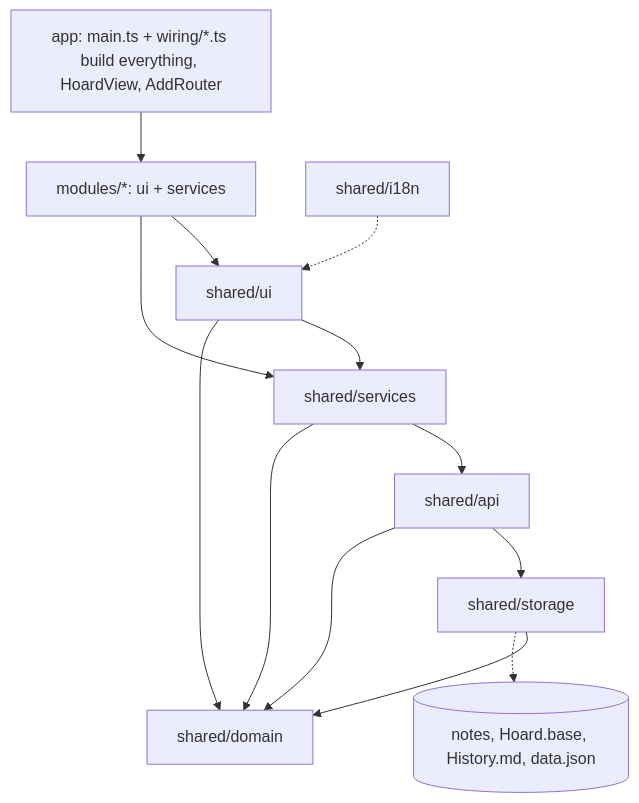
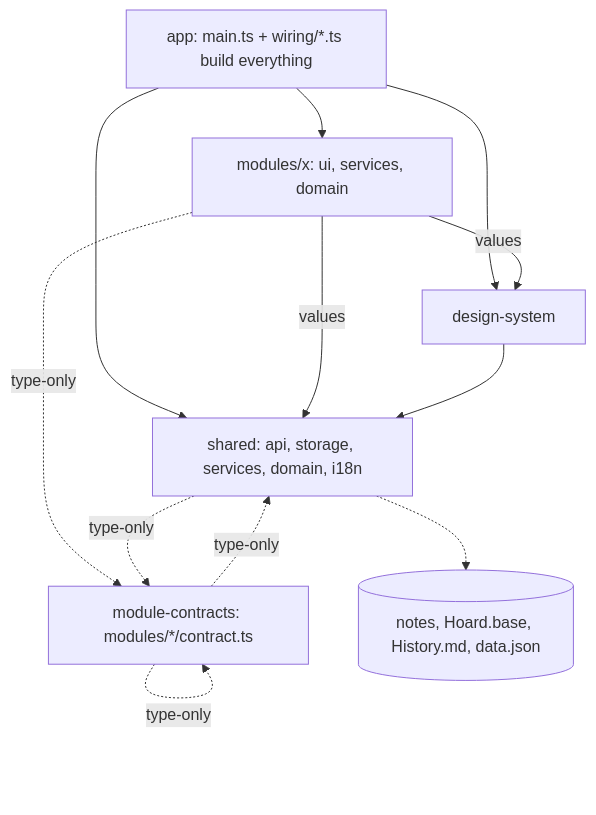
Before and after one commit to Macavity/obsidian-hoard: the diagram in docs/architecture/overview.md, drawn with Mermaid. The commit also changed other lines of this file and 34 other files, not shown here.

Commit message:
docs(wiki): refresh for module contracts and design system

````diff
--- a/docs/architecture/overview.md
+++ b/docs/architecture/overview.md
@@ -32,15 +31,14 @@
 ```mermaid
 flowchart TD
-  app[app: main.ts + wiring/*.ts build everything, HoardView, AddRouter] --> modules
-  modules[modules/*: ui + services] --> sui[shared/ui]
-  sui --> ssv[shared/services]
-  modules --> ssv
-  ssv --> sapi[shared/api]
-  sapi --> sst[shared/storage]
-  sst --> dom[shared/domain]
-  sapi --> dom
-  ssv --> dom
-  sui --> dom
-  i18n[shared/i18n] -.-> sui
-  sst -.-> Vault[(notes, Hoard.base, History.md, data.json)]
+  app[app: main.ts + wiring/*.ts build everything] --> mod
+  app --> ds
+  app --> sh
+  mod["modules/x: ui, services, domain"] -->|values| ds[design-system]
+  mod -->|values| sh["shared: api, storage, services, domain, i18n"]
+  ds --> sh
+  mod -. "type-only" .-> con["module-contracts: modules/*/contract.ts"]
+  sh -. "type-only" .-> con
+  con -. "type-only" .-> sh
+  con -. "type-only" .-> con
+  sh -.-> Vault[(notes, Hoard.base, History.md, data.json)]
 ```
````
